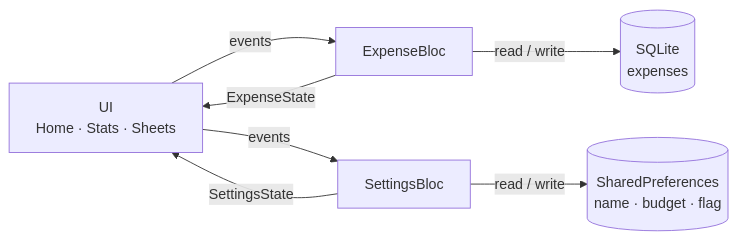
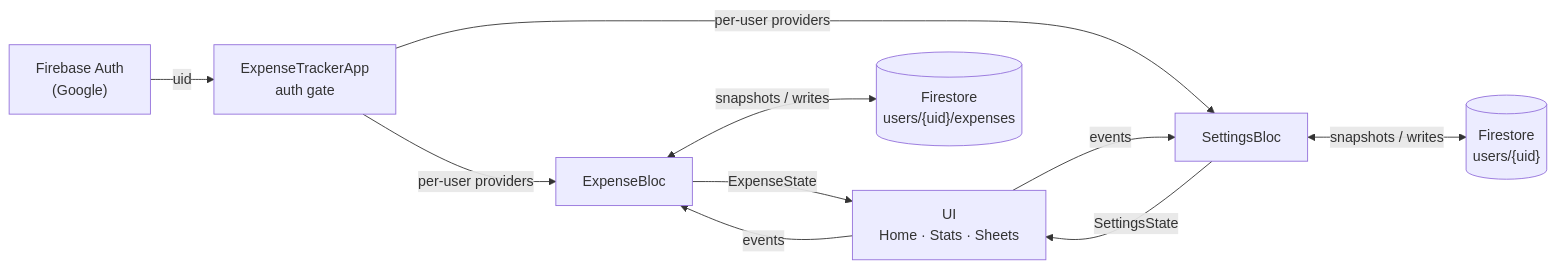
Before and after one commit to siraajul/ledger: the diagram in README.md, drawn with Mermaid. The commit also changed other lines of this file, not shown here.

Commit message:
docs: README for Firebase sign-in, sync, and App Distribution

````diff
--- a/README.md
+++ b/README.md
@@ -75,9 +116,12 @@
 ```mermaid
 flowchart LR
-    UI["UI<br/>Home · Stats · Sheets"] -- "events" --> EB["ExpenseBloc"]
-    UI -- "events" --> SB["SettingsBloc"]
-    EB -- "read / write" --> DB[("SQLite<br/>expenses")]
-    SB -- "read / write" --> SP[("SharedPreferences<br/>name · budget · flag")]
+    Auth["Firebase Auth<br/>(Google)"] -- "uid" --> Gate["ExpenseTrackerApp<br/>auth gate"]
+    Gate -- "per-user providers" --> EB["ExpenseBloc"]
+    Gate -- "per-user providers" --> SB["SettingsBloc"]
+    UI["UI<br/>Home · Stats · Sheets"] -- "events" --> EB
+    UI -- "events" --> SB
+    EB <-- "snapshots / writes" --> FE[("Firestore<br/>users/{uid}/expenses")]
+    SB <-- "snapshots / writes" --> FS[("Firestore<br/>users/{uid}")]
     EB -- "ExpenseState" --> UI
     SB -- "SettingsState" --> UI
 ```
````
